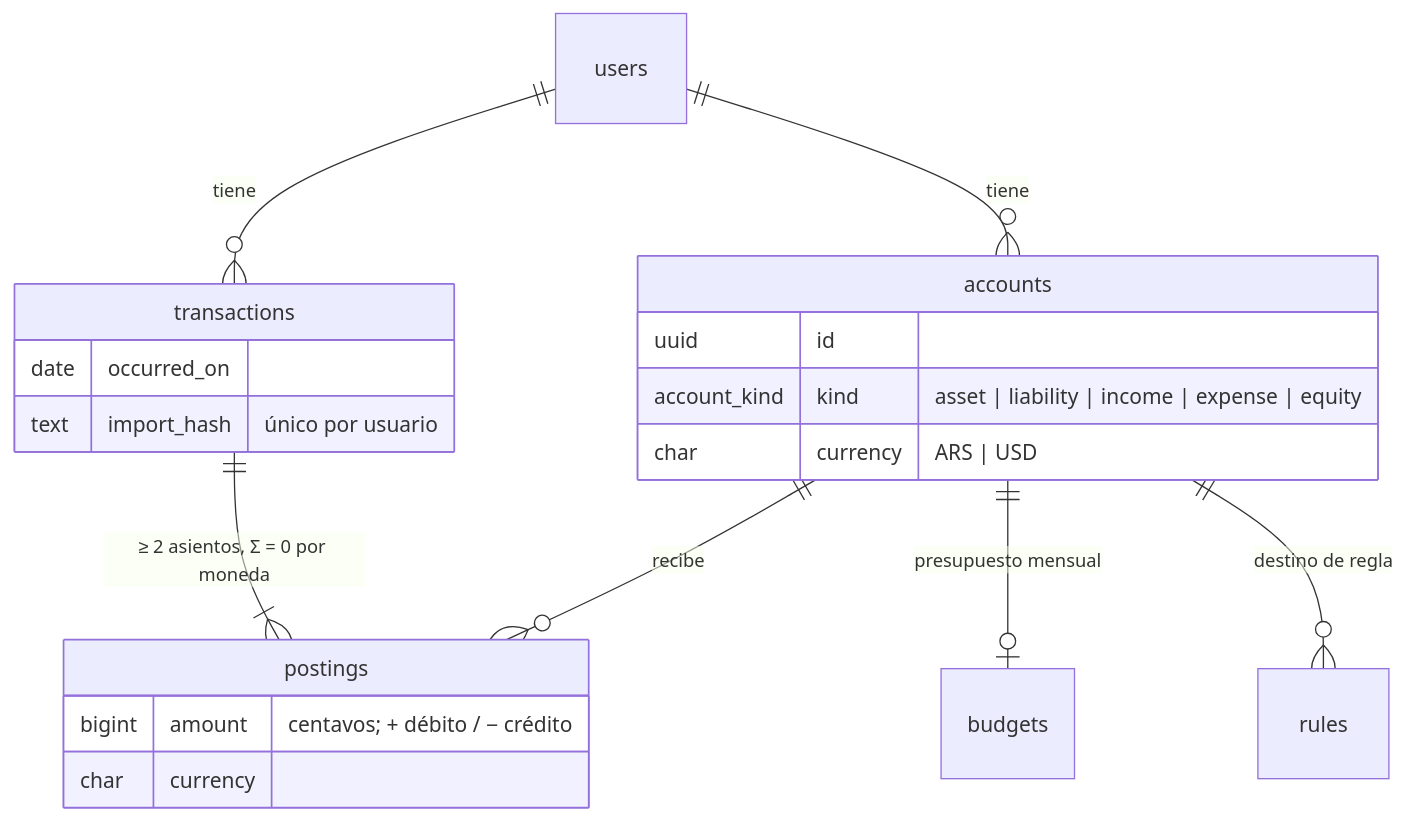
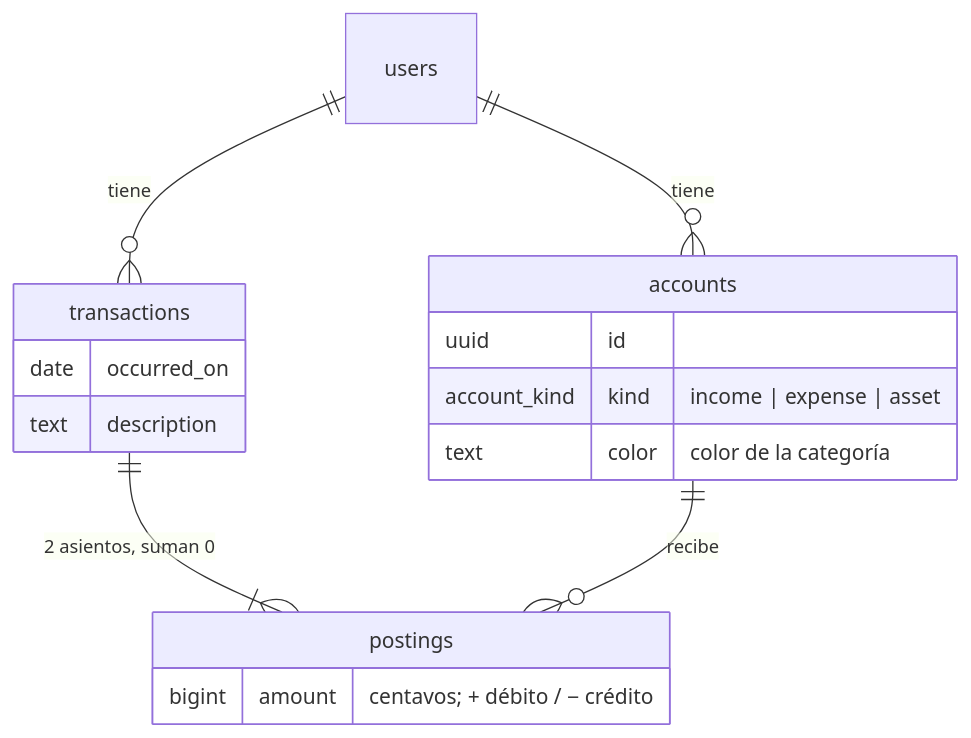
Before and after one commit to nicolasagosti/finanzas-personales: the diagram in README.md, drawn with Mermaid. The commit also changed other lines of this file and 42 other files, not shown here.

````diff
--- a/README.md
+++ b/README.md
@@ -94,22 +89,19 @@
 ```mermaid
 erDiagram
   users ||--o{ accounts : tiene
   users ||--o{ transactions : tiene
-  transactions ||--|{ postings : "≥ 2 asientos, Σ = 0 por moneda"
+  transactions ||--|{ postings : "2 asientos, suman 0"
   accounts ||--o{ postings : recibe
-  accounts ||--o| budgets : "presupuesto mensual"
-  accounts ||--o{ rules : "destino de regla"
   accounts {
     uuid id
-    account_kind kind "asset | liability | income | expense | equity"
-    char currency "ARS | USD"
+    account_kind kind "income | expense | asset"
+    text color "color de la categoría"
   }
   postings {
     bigint amount "centavos; + débito / − crédito"
-    char currency
   }
   transactions {
     date occurred_on
-    text import_hash "único por usuario"
+    text description
   }
 ```
````
